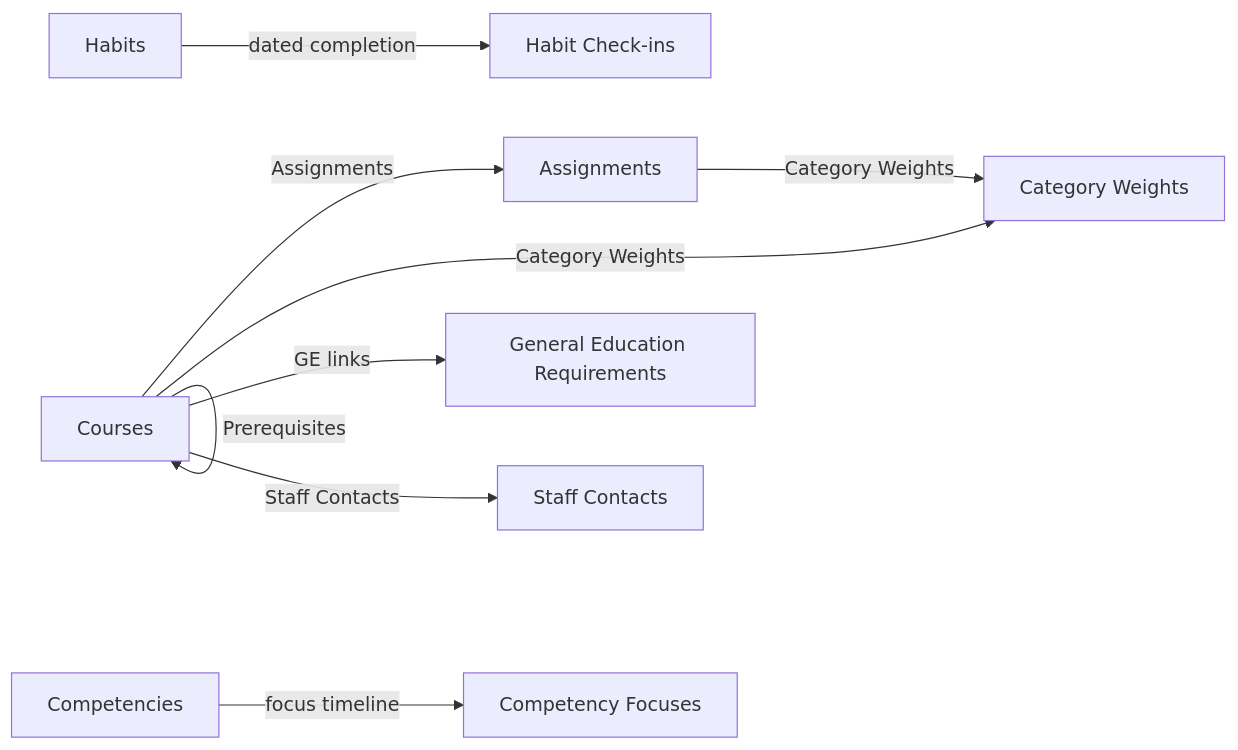
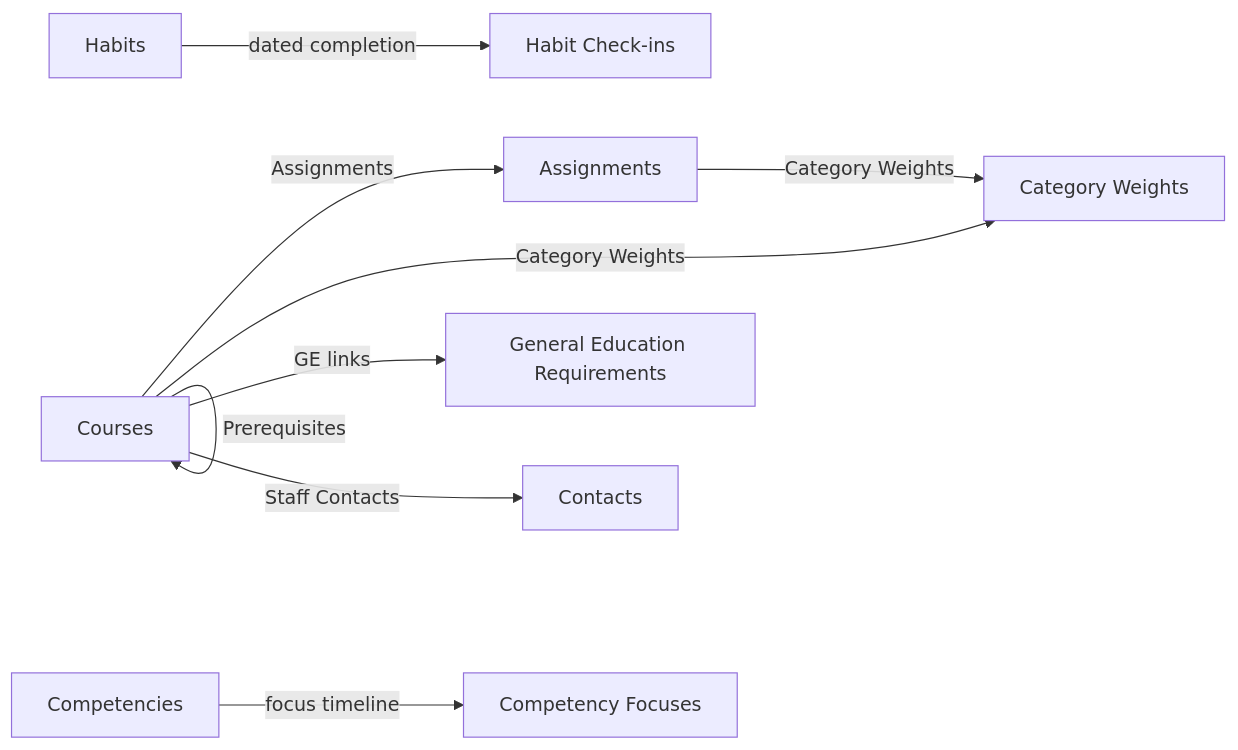
Before and after one commit to Aydinm1/ares: the diagram in docs/airtable-schema.md, drawn with Mermaid. The commit also changed other lines of this file and 33 other files, not shown here.

````diff
--- a/docs/airtable-schema.md
+++ b/docs/airtable-schema.md
@@ -67,11 +67,11 @@
 ```mermaid
 flowchart LR
   Courses -->|Assignments| Assignments
   Courses -->|Category Weights| CategoryWeights[Category Weights]
   Courses -->|GE links| GE[General Education Requirements]
-  Courses -->|Staff Contacts| StaffContacts[Staff Contacts]
+  Courses -->|Staff Contacts| Contacts[Contacts]
   Courses -->|Prerequisites| Courses
   Assignments -->|Category Weights| CategoryWeights
   Habits -->|dated completion| HabitCheckIns[Habit Check-ins]
   Competencies -->|focus timeline| CompetencyFocuses[Competency Focuses]
 ```
````
